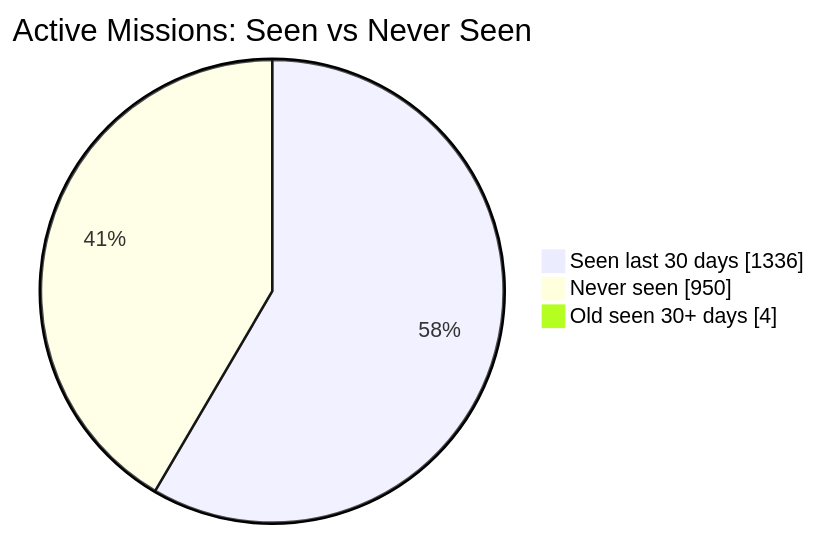
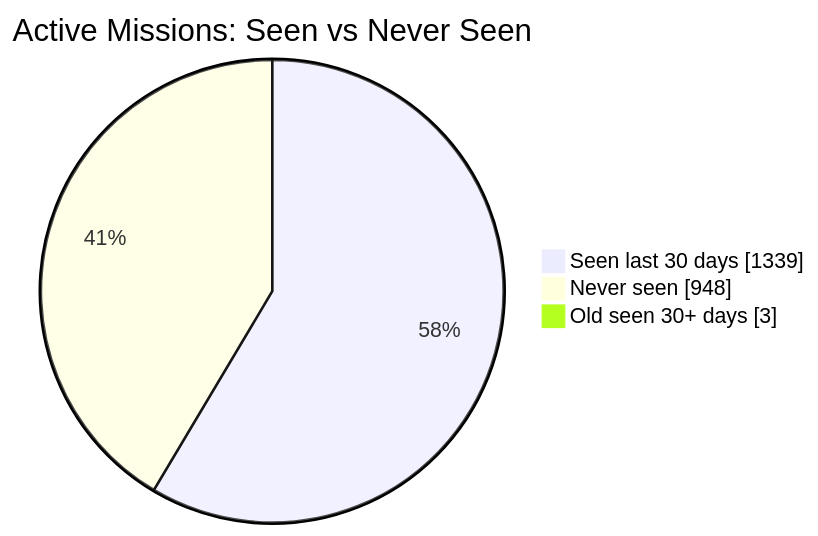
Before and after one commit to MeldkamerspelGameTeam/active-missions: the first of 2 diagrams in README.md, drawn with Mermaid. The commit also changed other lines of this file and 3 other files, not shown here.

````diff
--- a/README.md
+++ b/README.md
@@ -34,7 +34,7 @@
 ```mermaid
 pie showData
     title Active Missions: Seen vs Never Seen
-    "Seen last 30 days" : 1336
-    "Never seen" : 950
-    "Old seen 30+ days" : 4
+    "Seen last 30 days" : 1339
+    "Never seen" : 948
+    "Old seen 30+ days" : 3
 ```
````
